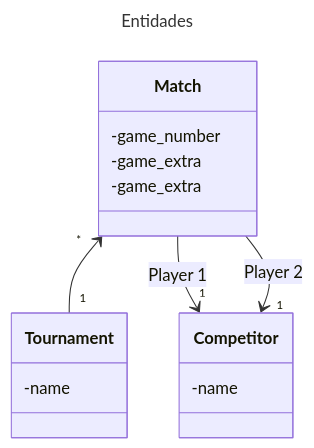
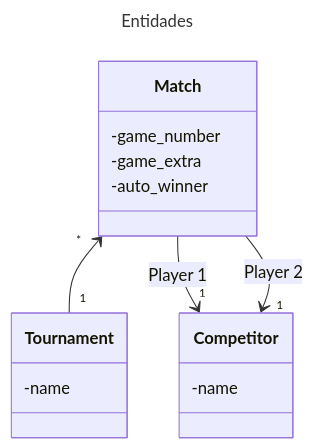
Before and after one commit to huogerac/wimbledon: the second of 3 diagrams in README.md, drawn with Mermaid. The commit also changed other lines of this file and 17 other files, not shown here.

````diff
--- a/README.md
+++ b/README.md
@@ -218,21 +229,21 @@
 ```mermaid
 ---
 title: Entidades
 ---
 classDiagram
     
     Match "*" <-- "1" Tournament
     Match --> "1" Competitor: Player 1
     Match --> "1" Competitor: Player 2
     class Tournament{
         -name
     }
     class Match{
         -game_number
         -game_extra
-        -game_extra
+        -auto_winner
     }
     class Competitor{
         -name
     }
 ```
````
